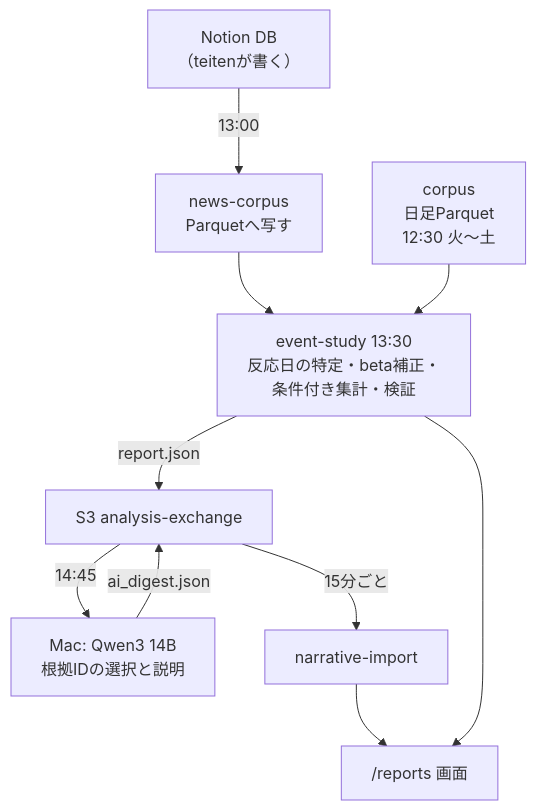
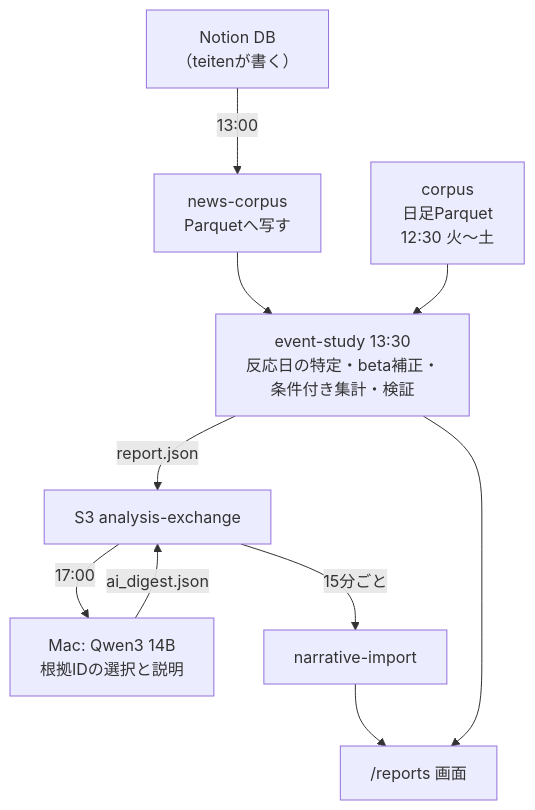
The second of 3 diagrams in docs/system-map.md (makechair/spelling-inconsistencies), drawn with Mermaid before and after one commit. The commit also changed other lines of this file and 5 other files, not shown here.

````diff
--- a/docs/system-map.md
+++ b/docs/system-map.md
@@ -78,12 +78,12 @@
 ```mermaid
 flowchart TD
   N["Notion DB<br/>（teitenが書く）"] -->|13:00| NC["news-corpus<br/>Parquetへ写す"]
   NC --> ES
   DC["corpus<br/>日足Parquet<br/>12:30 火〜土"] --> ES["event-study 13:30<br/>反応日の特定・beta補正・<br/>条件付き集計・検証"]
   ES -->|report.json| EX["S3 analysis-exchange"]
-  EX -->|14:45| QW["Mac: Qwen3 14B<br/>根拠IDの選択と説明"]
+  EX -->|17:00| QW["Mac: Qwen3 14B<br/>根拠IDの選択と説明"]
   QW -->|ai_digest.json| EX
   EX -->|15分ごと| IM["narrative-import"]
   IM --> RPT["/reports 画面"]
   ES --> RPT
 ```
````
